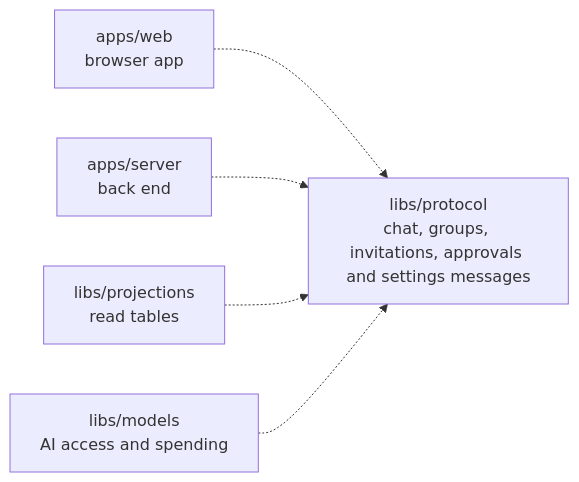
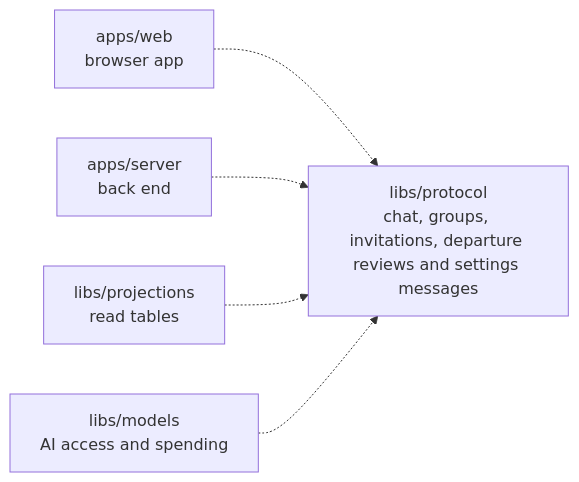
The diagram in libs/protocol/README.md (elewa-git/opencrane-new), drawn with Mermaid before and after one commit. The commit also changed other lines of this file and 26 other files, not shown here.

````diff
--- a/libs/protocol/README.md
+++ b/libs/protocol/README.md
@@ -11,7 +11,7 @@
 ```mermaid
 flowchart LR
-  web["apps/web<br/>browser app"] -.-> protocol["libs/protocol<br/>chat, groups, invitations, approvals and settings messages"]
+  web["apps/web<br/>browser app"] -.-> protocol["libs/protocol<br/>chat, groups, invitations, departure reviews and settings messages"]
   server["apps/server<br/>back end"] -.-> protocol
   projections["libs/projections<br/>read tables"] -.-> protocol
   models["libs/models<br/>AI access and spending"] -.-> protocol
 ```
````
